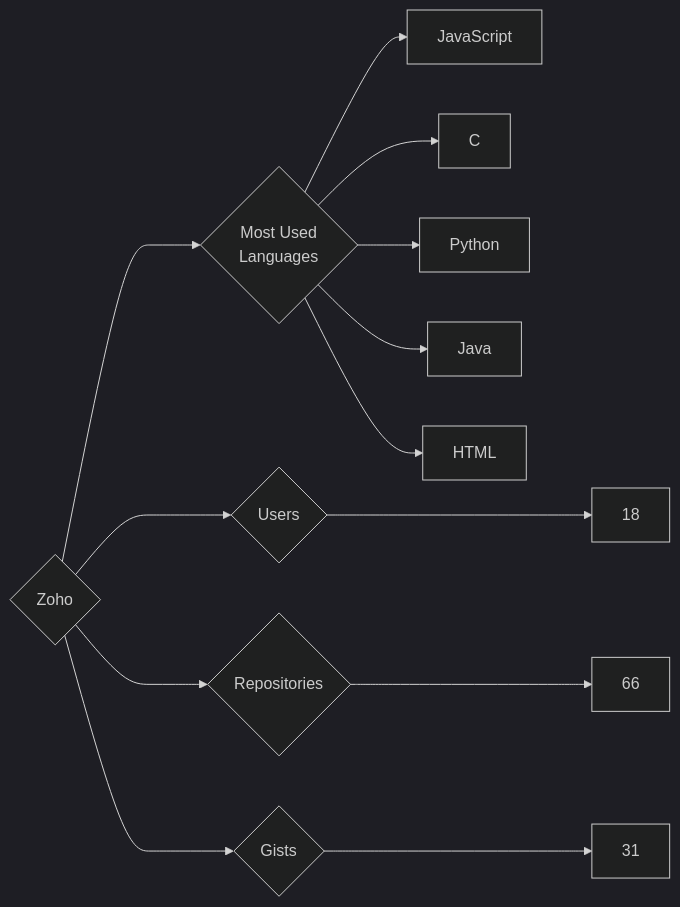
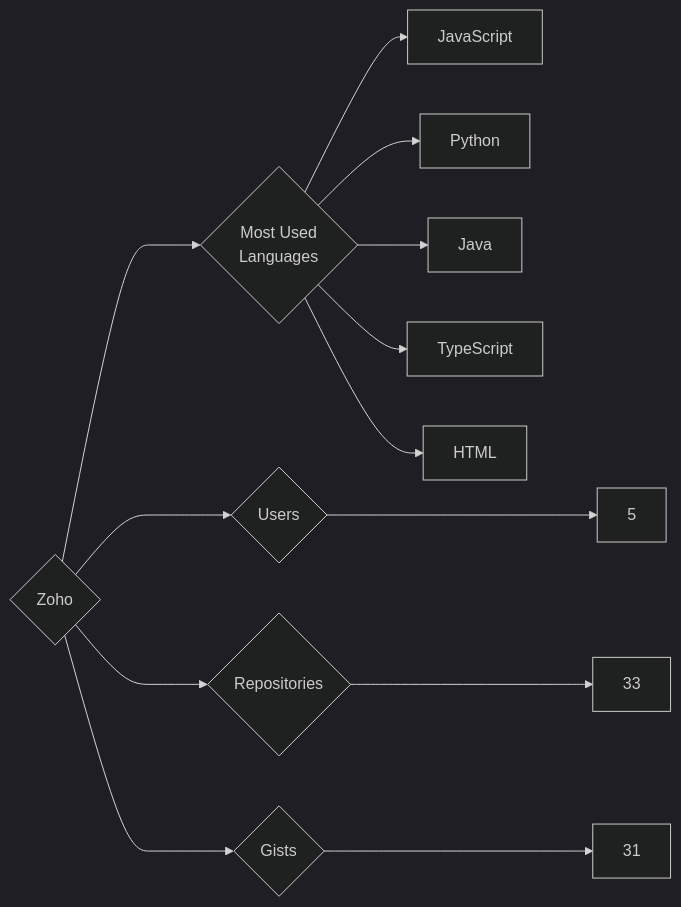
The diagram in targets/Zoho/README.md (trickest/insiders), drawn with Mermaid (dark theme) before and after one commit. The commit also changed 870 other files, not shown here.

````diff
--- a/targets/Zoho/README.md
+++ b/targets/Zoho/README.md
@@ -3,13 +3,13 @@
 ```mermaid
 graph LR
 COMPANY_NAME{Zoho}
-COMPANY_NAME ---> U{Users} ---> UN[18]
-COMPANY_NAME ---> R{Repositories} ---> RN[66]
+COMPANY_NAME ---> U{Users} ---> UN[5]
+COMPANY_NAME ---> R{Repositories} ---> RN[33]
 COMPANY_NAME ---> G{Gists} ---> GN[31]
 COMPANY_NAME ---> ML{Most Used<br>Languages}
 ML --> JavaScript[JavaScript]
-ML --> C[C]
 ML --> Python[Python]
 ML --> Java[Java]
+ML --> TypeScript[TypeScript]
 ML --> HTML[HTML]
 ```
````
